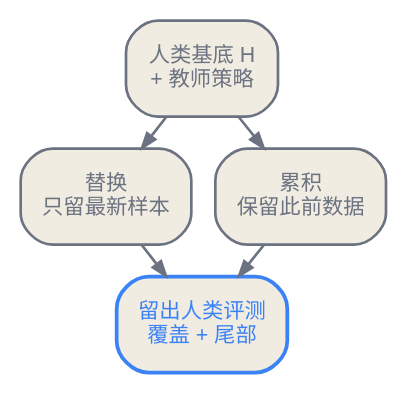
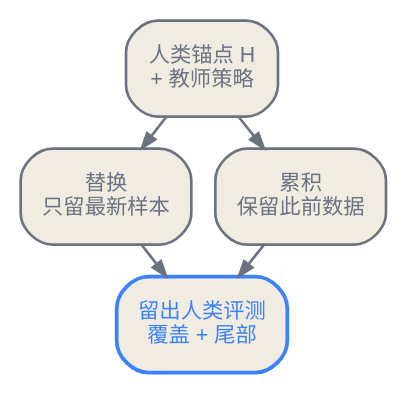
Before and after one commit to latere-ai/ai-as-an-infrastructure: the third of 5 diagrams in zh/frontiers/01-where-learning-hits-limits.qmd, drawn with Graphviz. The commit also changed other lines of this file and 27 other files, not shown here.

````diff
--- a/zh/frontiers/01-where-learning-hits-limits.qmd
+++ b/zh/frontiers/01-where-learning-hits-limits.qmd
@@ -124,16 +124,16 @@
 ```{dot}
 //| label: fig-synthetic-protocols
 //| fig-cap: "替换与累积是两种不同实验。结果还取决于教师模型、解码器、混合权重、过滤器、验证器和留出分布。"
 digraph {
   bgcolor="transparent"; rankdir=TB;
   nodesep=0.13; ranksep=0.17;
   node [shape=box, style="rounded,filled", fontname="Helvetica", fontsize=8, margin="0.10,0.06", color="#6b7280", fontcolor="#6b7280", fillcolor="#f1ece1"];
   edge [color="#6b7280", arrowsize=0.55];
-  source [label="人类基底 H\n+ 教师策略"];
+  source [label="人类锚点 H\n+ 教师策略"];
   replace [label="替换\n只留最新样本"];
   accumulate [label="累积\n保留此前数据"];
   verify [label="留出人类评测\n覆盖 + 尾部", color="#3b82f6", fontcolor="#3b82f6", penwidth=1.4];
   source -> replace -> verify;
   source -> accumulate -> verify;
 }
 ```
````
